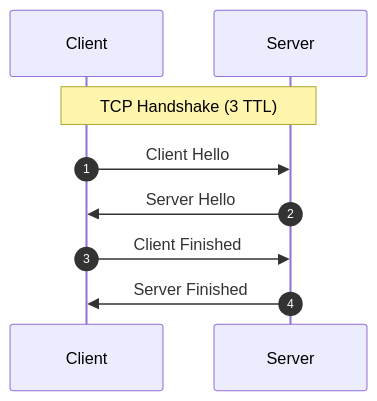
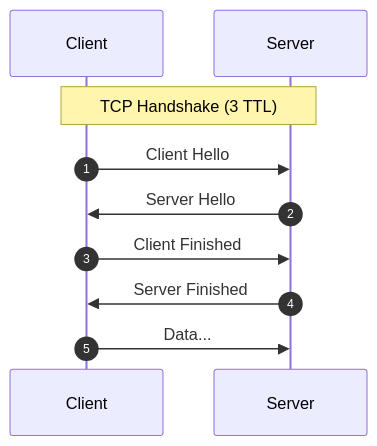
The eighth of 9 diagrams in network/tls.md (wdyjwdy/notes), drawn with Mermaid before and after one commit. The commit also changed other lines of this file, not shown here.

````diff
--- a/network/tls.md
+++ b/network/tls.md
@@ -129,12 +129,13 @@
 ```mermaid
 sequenceDiagram
   autonumber
   participant C as Client
   participant S as Server
 
   Note over C, S: TCP Handshake (3 TTL)
   C ->> S: Client Hello
   S ->> C: Server Hello
   C ->> S: Client Finished
   S ->> C: Server Finished
+  C ->> S: Data...
 ```
````
